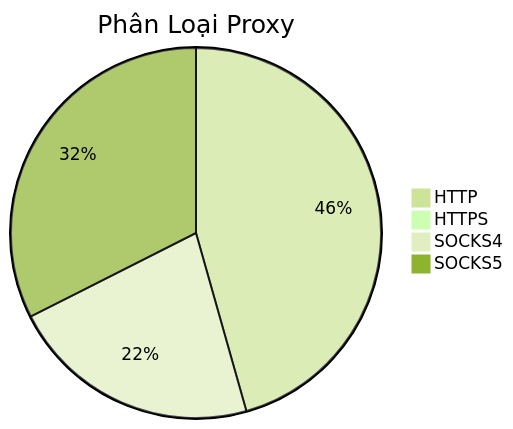
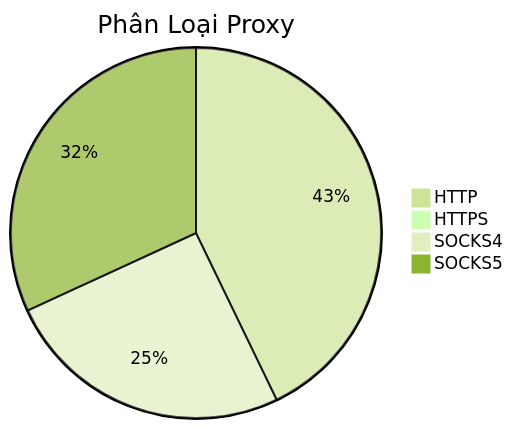
Before and after one commit to Ciara-12/PROXY-free: the diagram in README.md, drawn with Mermaid (forest theme). The commit also changed other lines of this file and 4 other files, not shown here.

````diff
--- a/README.md
+++ b/README.md
@@ -26,7 +26,7 @@
 ```mermaid
 pie title Phân Loại Proxy
-    "HTTP" : 509
-    "HTTPS" : 1
-    "SOCKS4" : 245
-    "SOCKS5" : 362
+    "HTTP" : 457
+    "HTTPS" : 0
+    "SOCKS4" : 270
+    "SOCKS5" : 340
 ```
````
